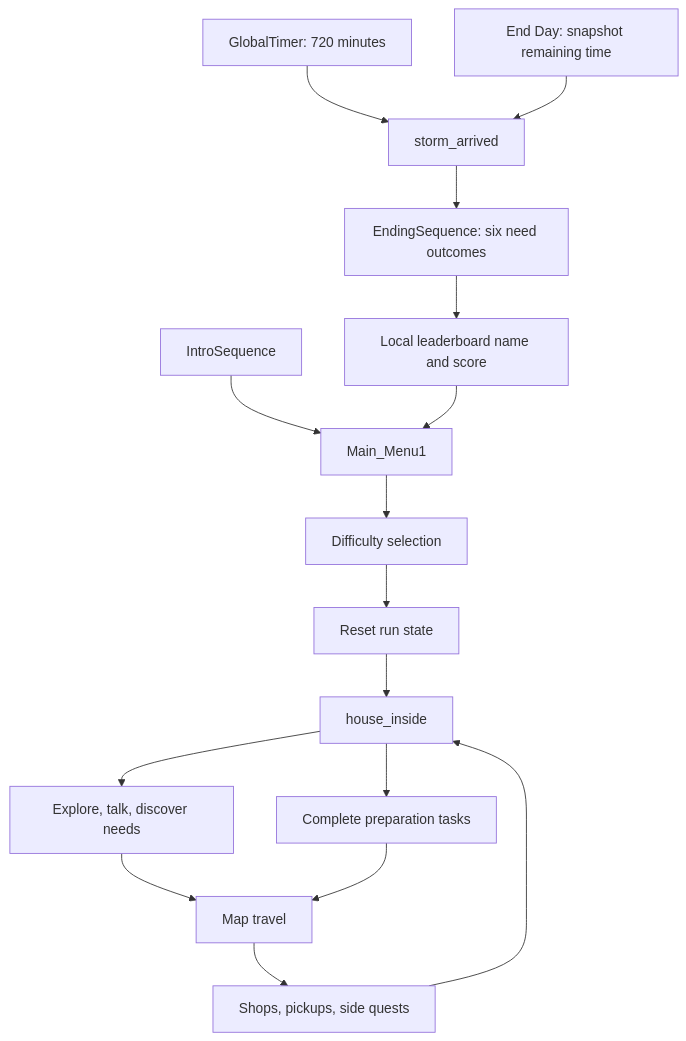
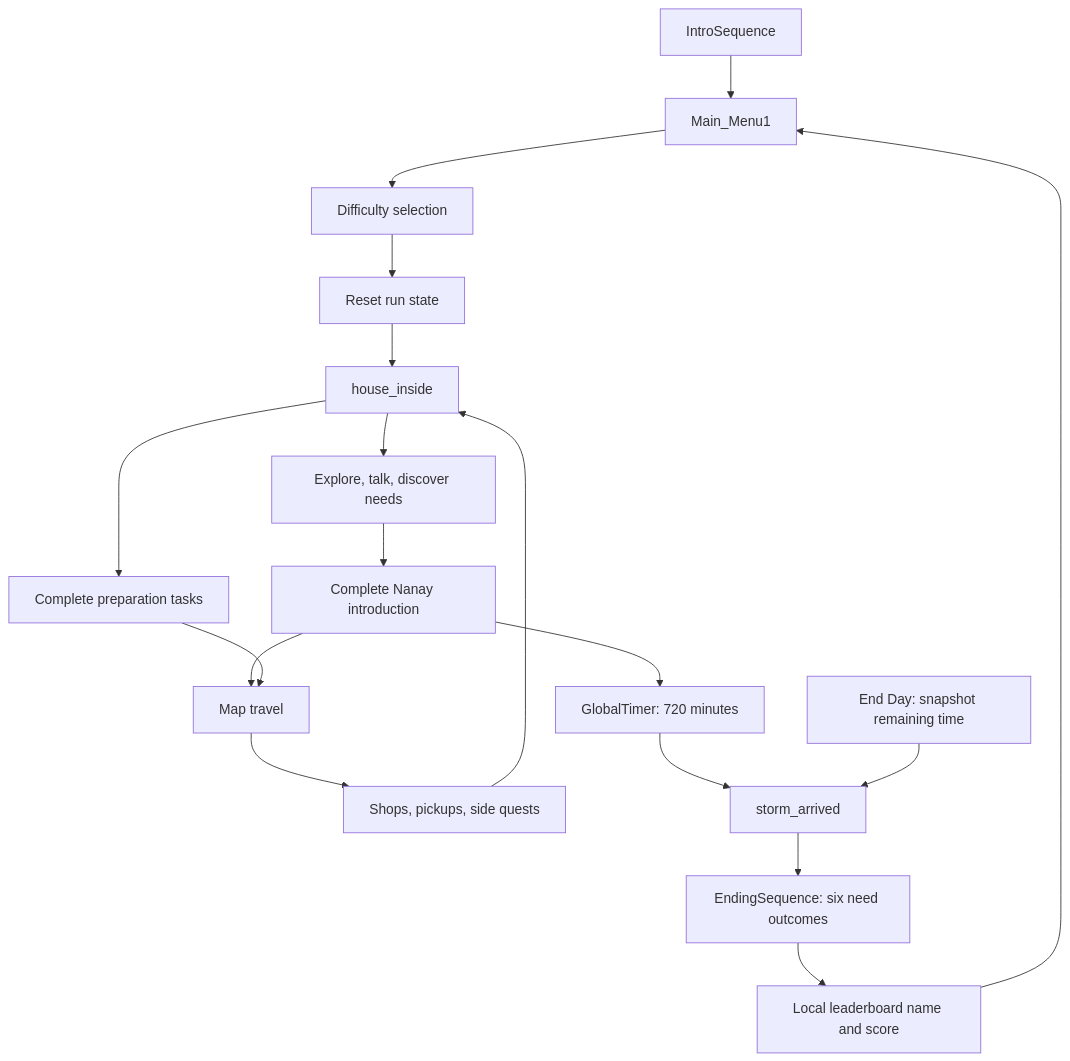
One commit to Jeyep18/software-eng-fest changed the diagram in docs/ARCHITECTURE.md. Above: the diagram before and after it, drawn with Mermaid. The commit also changed other lines of this file and 66 other files, not shown here.

````diff
--- a/docs/ARCHITECTURE.md
+++ b/docs/ARCHITECTURE.md
@@ -11,18 +11,20 @@
 ```mermaid
 flowchart TD
     Intro[IntroSequence] --> Menu[Main_Menu1]
     Menu --> Difficulty[Difficulty selection]
     Difficulty --> Reset[Reset run state]
     Reset --> Home[house_inside]
     Home --> Explore[Explore, talk, discover needs]
-    Explore --> Map[Map travel]
+    Explore --> Nanay[Complete Nanay introduction]
+    Nanay --> Map[Map travel]
+    Nanay --> Clock
     Map --> Locations[Shops, pickups, side quests]
     Locations --> Home
     Home --> Tasks[Complete preparation tasks]
     Tasks --> Map
     Clock[GlobalTimer: 720 minutes] --> Storm[storm_arrived]
     EndDay[End Day: snapshot remaining time] --> Storm
     Storm --> Ending[EndingSequence: six need outcomes]
     Ending --> Score[Local leaderboard name and score]
     Score --> Menu
 ```
````
